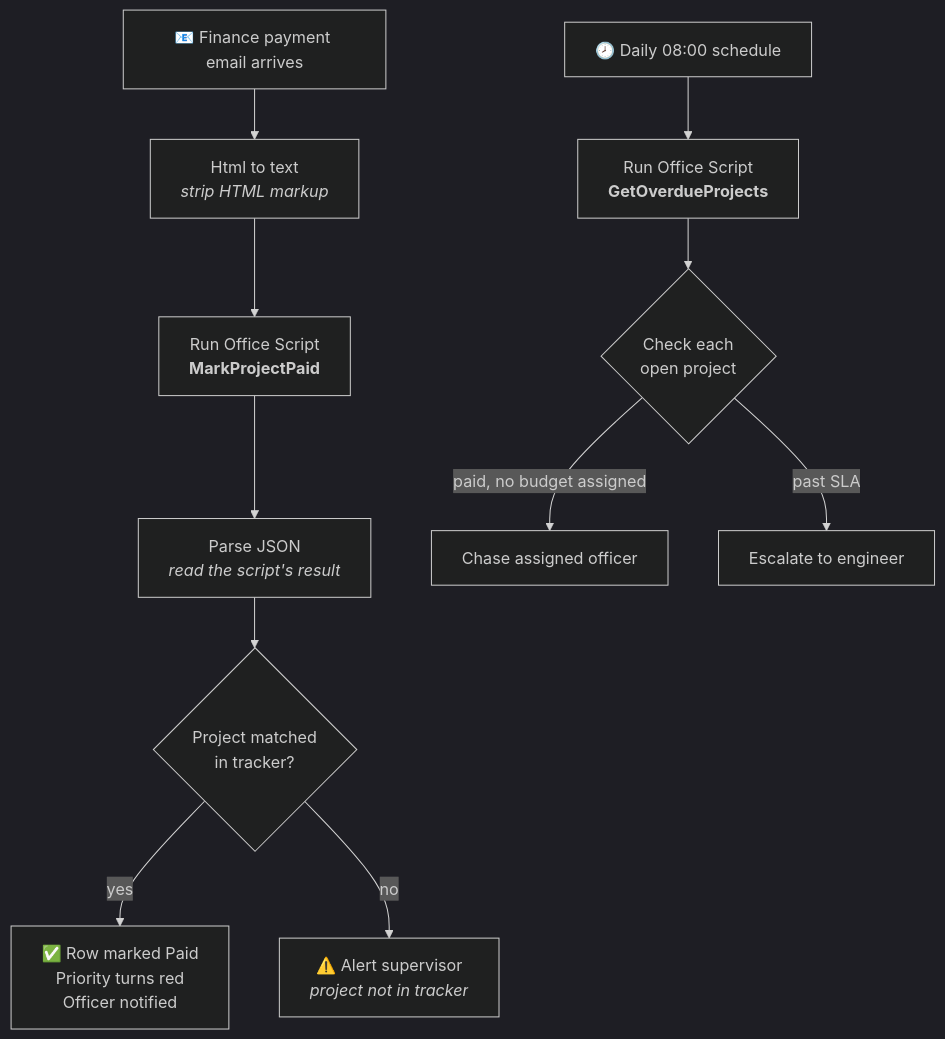
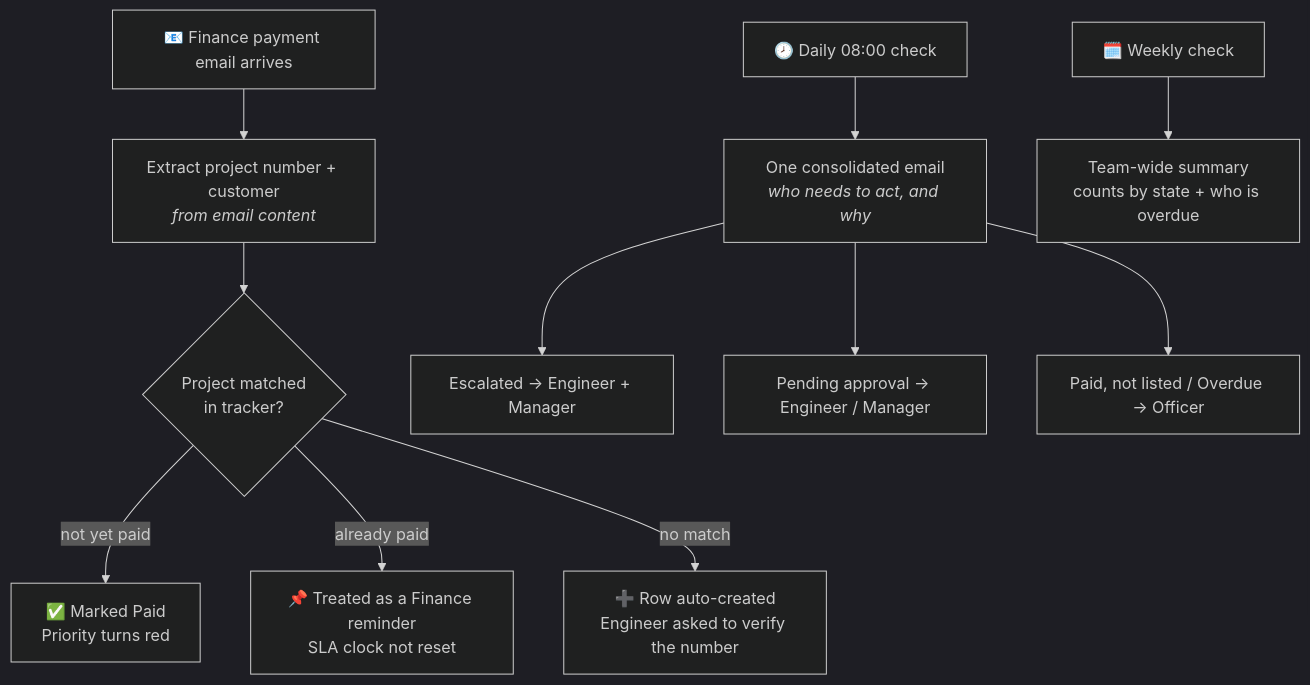
The diagram in README.md (lohjiayao/Automation), drawn with Mermaid (dark theme) before and after one commit. The commit also changed other lines of this file and 5 other files, not shown here.

````diff
--- a/README.md
+++ b/README.md
@@ -36,14 +37,15 @@
 ```mermaid
 flowchart TD
-    A["📧 Finance payment email arrives"] --> B["Html to text<br/><i>strip HTML markup</i>"]
-    B --> C["Run Office Script<br/><b>MarkProjectPaid</b>"]
-    C --> D["Parse JSON<br/><i>read the script's result</i>"]
-    D --> E{"Project matched<br/>in tracker?"}
-    E -- yes --> F["✅ Row marked Paid<br/>Priority turns red<br/>Officer notified"]
-    E -- no --> G["⚠️ Alert supervisor<br/><i>project not in tracker</i>"]
+    A["📧 Finance payment email arrives"] --> B["Extract project number + customer<br/><i>from email content</i>"]
+    B --> C{"Project matched<br/>in tracker?"}
+    C -- "not yet paid" --> D["✅ Marked Paid<br/>Priority turns red"]
+    C -- "already paid" --> E["📌 Treated as a Finance reminder<br/>SLA clock not reset"]
+    C -- "no match" --> F["➕ Row auto-created<br/>Engineer asked to verify the number"]
 
-    H["🕗 Daily 08:00 schedule"] --> I["Run Office Script<br/><b>GetOverdueProjects</b>"]
-    I --> J{"Check each<br/>open project"}
-    J -- "paid, no budget assigned" --> K["Chase assigned officer"]
-    J -- "past SLA" --> L["Escalate to engineer"]
+    G["🕗 Daily 08:00 check"] --> H["One consolidated email<br/><i>who needs to act, and why</i>"]
+    H --> I["Escalated → Engineer + Manager"]
+    H --> J["Pending approval → Engineer / Manager"]
+    H --> K["Paid, not listed / Overdue → Officer"]
+
+    L["🗓️ Weekly check"] --> M["Team-wide summary<br/>counts by state + who is overdue"]
 ```
````
